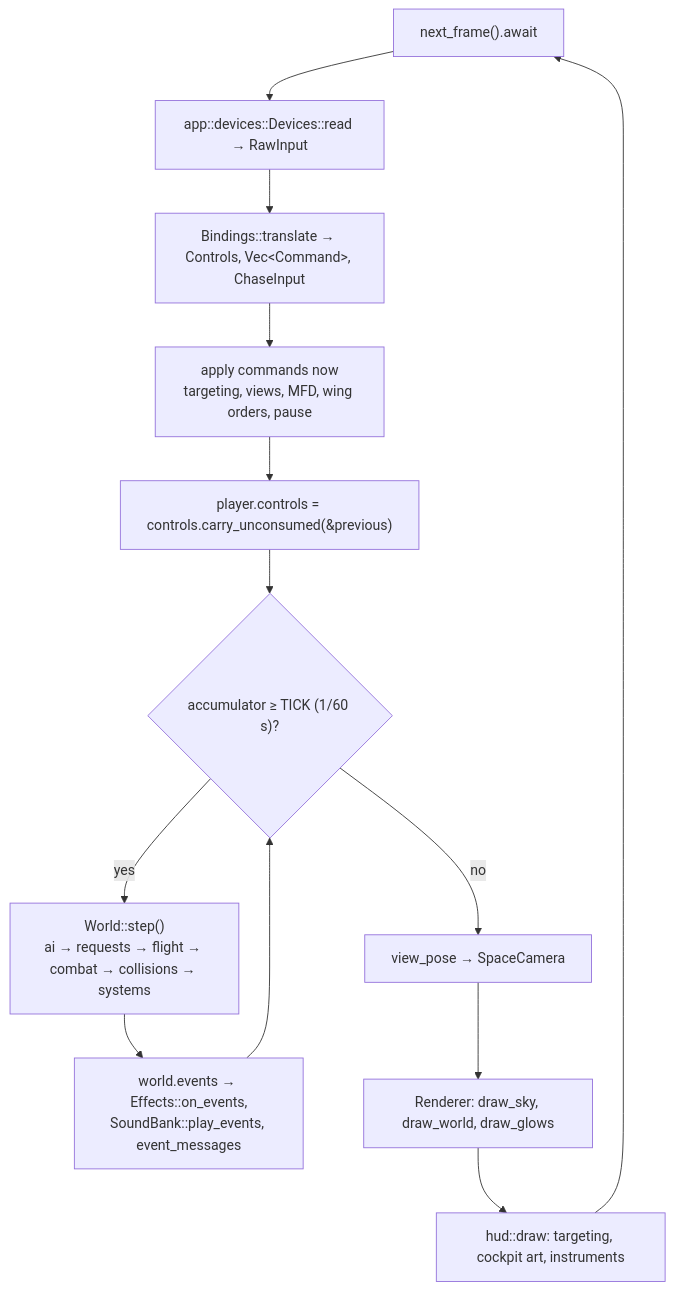
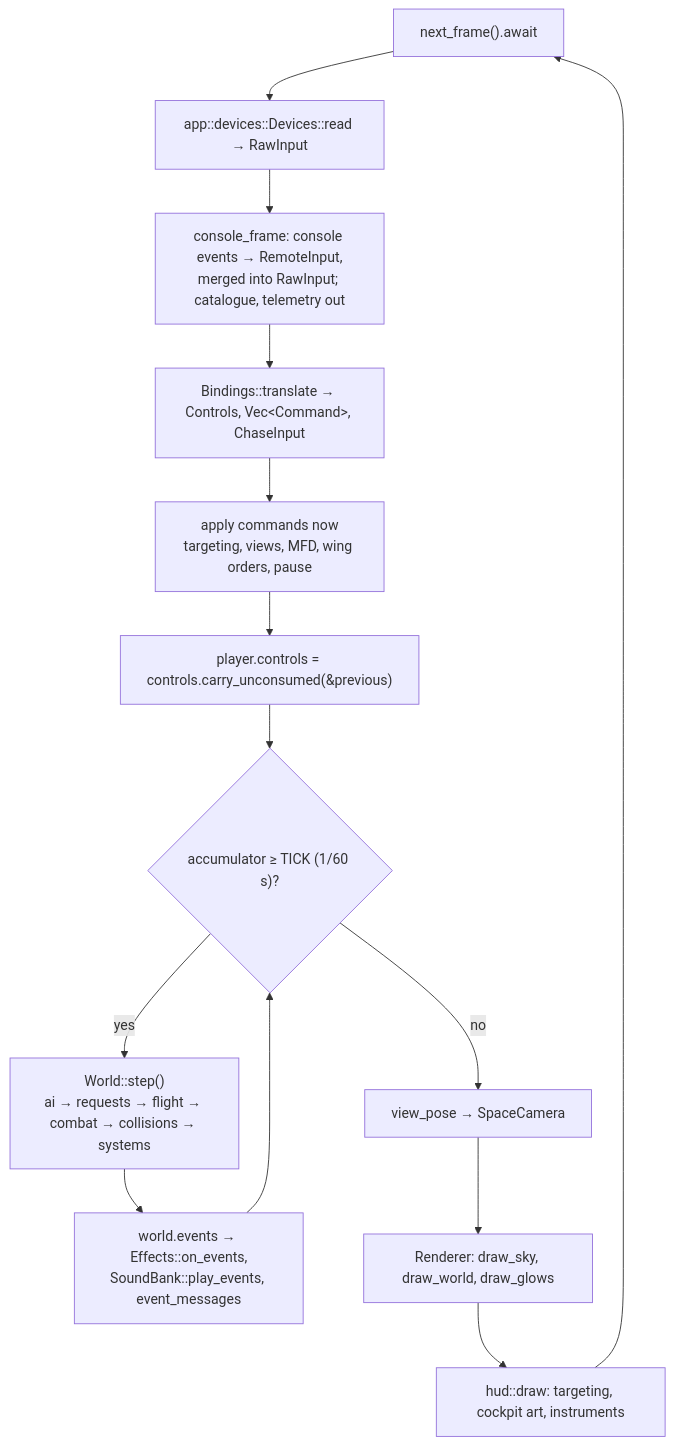
Before and after one commit to bbogovich/OpenInterceptor: the third of 4 diagrams in docs/implementation/architecture/index.md, drawn with Mermaid. The commit also changed other lines of this file and 49 other files, not shown here.

````diff
--- a/docs/implementation/architecture/index.md
+++ b/docs/implementation/architecture/index.md
@@ -93,15 +95,16 @@
 ```mermaid
 flowchart TD
     A["next_frame().await"] --> B["app::devices::Devices::read → RawInput"]
-    B --> C["Bindings::translate → Controls, Vec&lt;Command&gt;, ChaseInput"]
+    B --> B2["console_frame: console events → RemoteInput,<br/>merged into RawInput; catalogue, telemetry out"]
+    B2 --> C["Bindings::translate → Controls, Vec&lt;Command&gt;, ChaseInput"]
     C --> D["apply commands now<br/>targeting, views, MFD, wing orders, pause"]
     D --> E["player.controls = controls.carry_unconsumed(&previous)"]
     E --> F{"accumulator ≥ TICK (1/60 s)?"}
     F -->|yes| G["World::step()<br/>ai → requests → flight → combat → collisions → systems"]
     G --> H["world.events → Effects::on_events,<br/>SoundBank::play_events, event_messages"]
     H --> F
     F -->|no| I["view_pose → SpaceCamera"]
     I --> J["Renderer: draw_sky, draw_world, draw_glows"]
     J --> K["hud::draw: targeting, cockpit art, instruments"]
     K --> A
 ```
````
